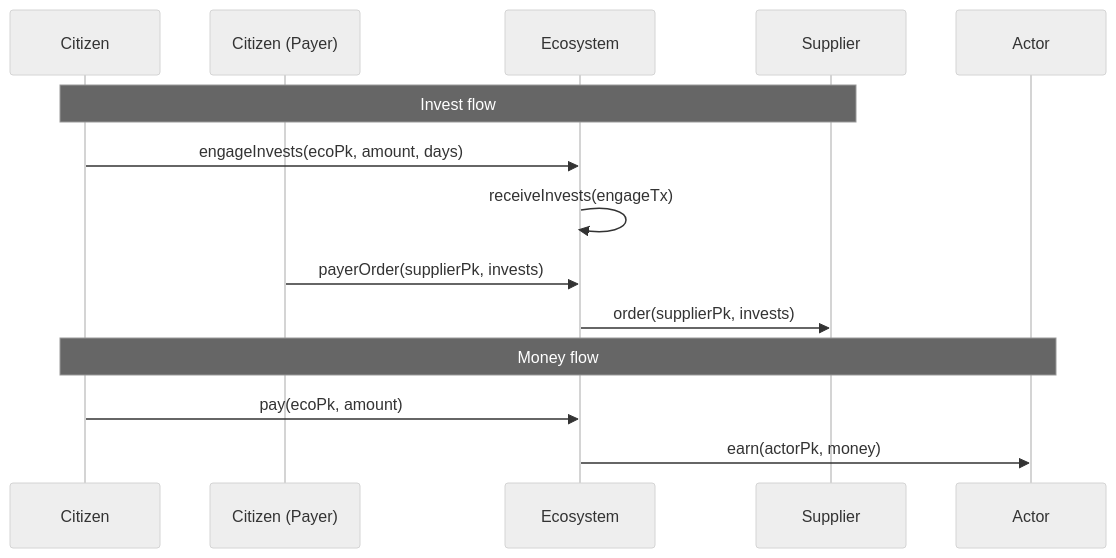
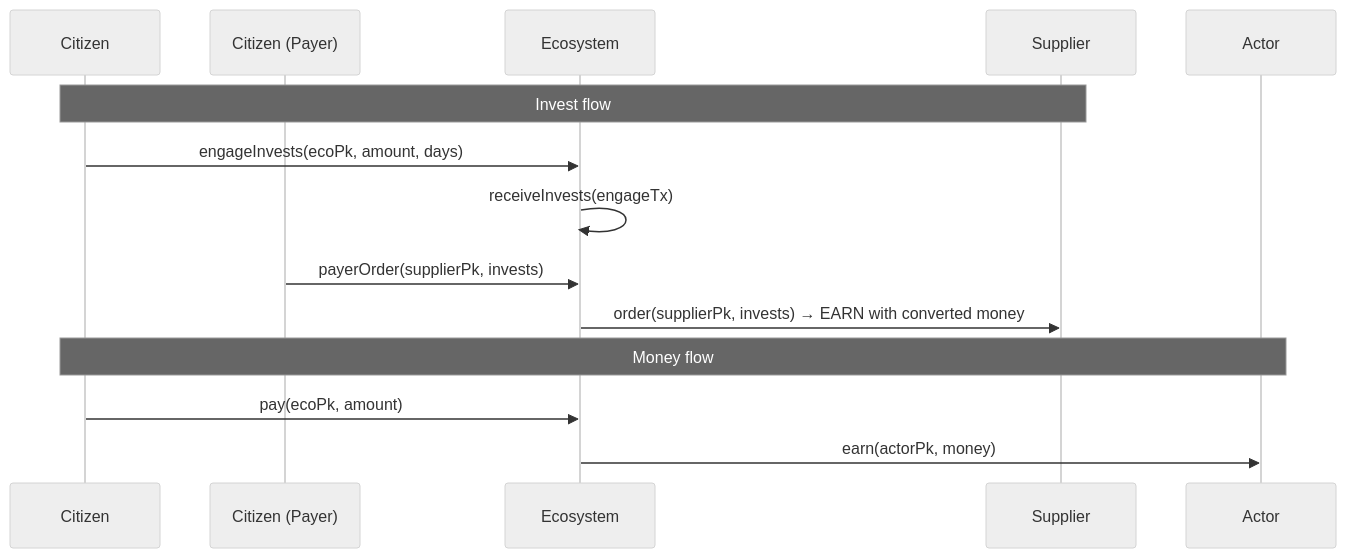
Before and after one commit to OrganicEconomy/organic-money.js: the third of 4 diagrams in README.md, drawn with Mermaid (neutral theme). The commit also changed other lines of this file and 4 other files, not shown here.

First line of the commit message:
order() converts invests to money (1:1) and earns to target

````diff
--- a/README.md
+++ b/README.md
@@ -158,18 +158,18 @@
 ```mermaid
 sequenceDiagram
     participant C as Citizen
     participant P as Citizen (Payer)
     participant Eco as Ecosystem
     participant Su as Supplier
     participant Ac as Actor
 
     Note over C,Su: Invest flow
     C->>Eco: engageInvests(ecoPk, amount, days)
     Eco->>Eco: receiveInvests(engageTx)
     P->>Eco: payerOrder(supplierPk, invests)
-    Eco->>Su: order(supplierPk, invests)
+    Eco->>Su: order(supplierPk, invests) → EARN with converted money
 
     Note over C,Ac: Money flow
     C->>Eco: pay(ecoPk, amount)
     Eco->>Ac: earn(actorPk, money)
 ```
````
